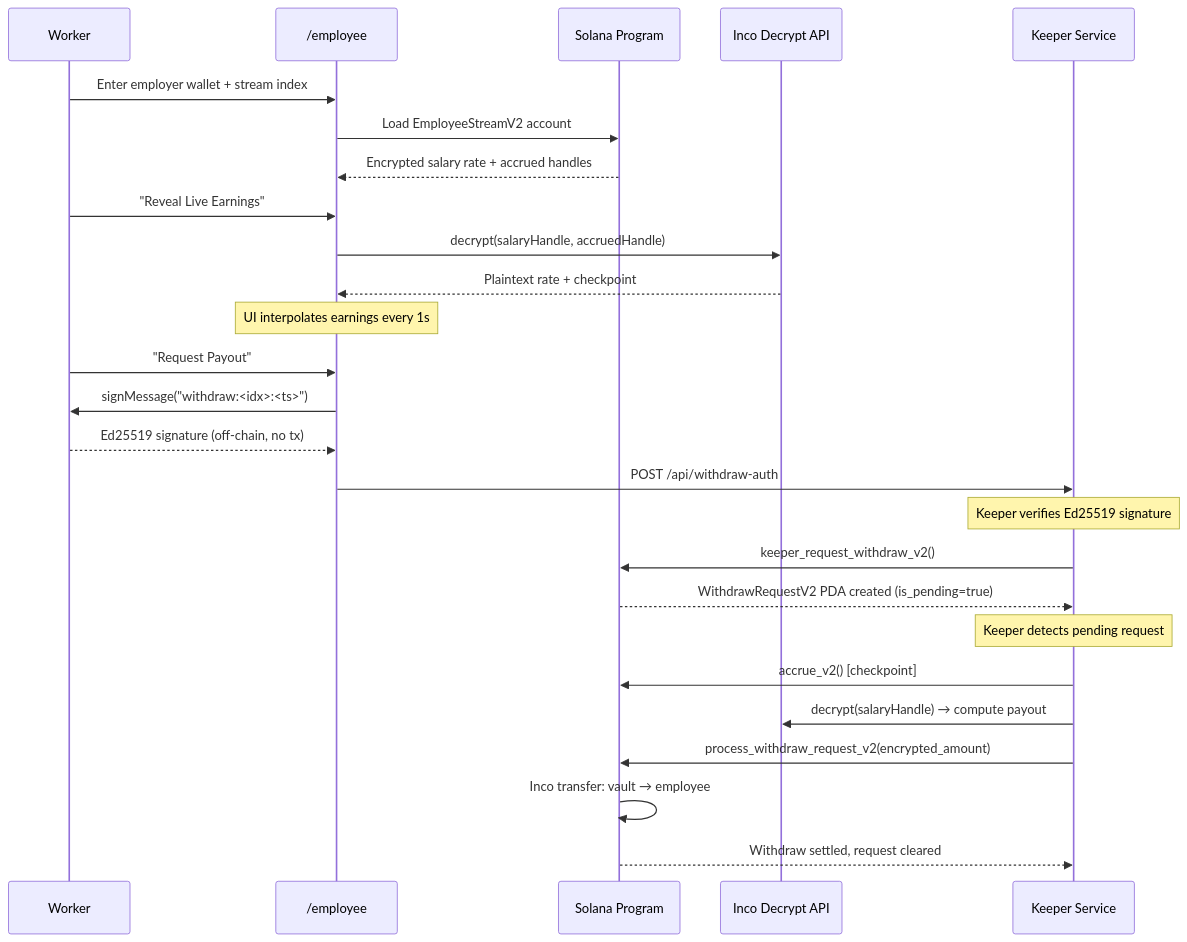
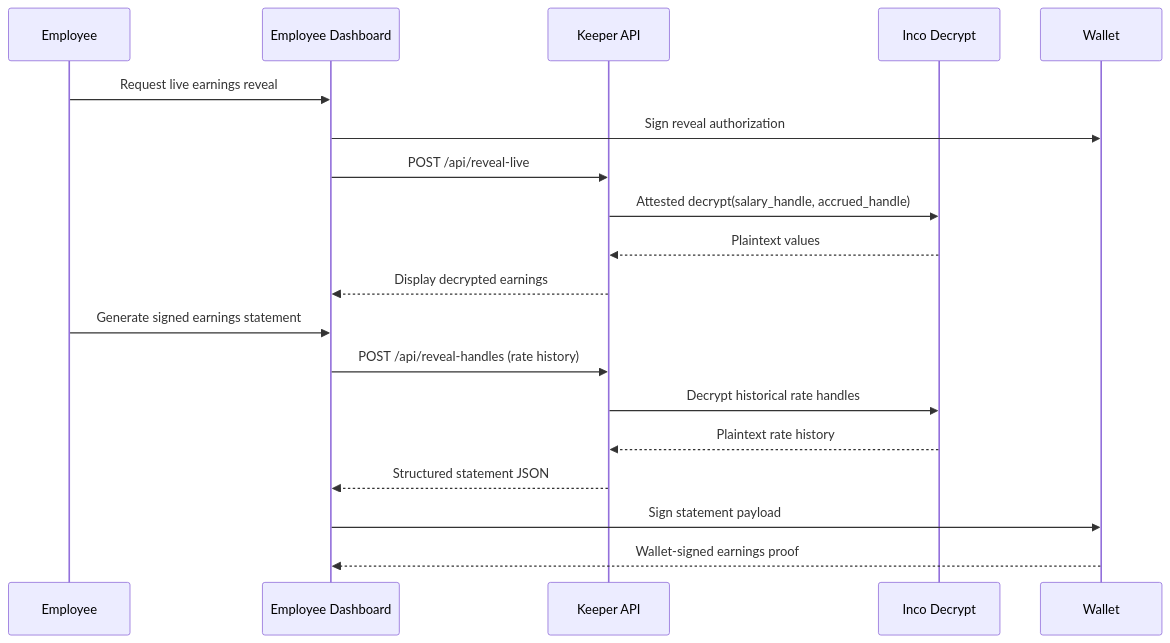
Before and after one commit to shumhn/Expensee: the fourth of 9 diagrams in README.md, drawn with Mermaid. The commit also changed other lines of this file, not shown here.

First line of the commit message:
docs: complete overhaul of README with system diagrams and market thesis

````diff
--- a/README.md
+++ b/README.md
@@ -209,32 +233,23 @@
 ```mermaid
 sequenceDiagram
-    participant W as Worker
-    participant UI as /employee
-    participant SC as Solana Program
-    participant Inco as Inco Decrypt API
-    participant K as Keeper Service
+    participant W as Employee
+    participant UI as Employee Dashboard
+    participant K as Keeper API
+    participant I as Inco Decrypt
+    participant WAL as Wallet
 
-    W->>UI: Enter employer wallet + stream index
-    UI->>SC: Load EmployeeStreamV2 account
-    SC-->>UI: Encrypted salary rate + accrued handles
+    W->>UI: Request live earnings reveal
+    UI->>WAL: Sign reveal authorization
+    UI->>K: POST /api/reveal-live
+    K->>I: Attested decrypt(salary_handle, accrued_handle)
+    I-->>K: Plaintext values
+    K-->>UI: Display decrypted earnings
 
-    W->>UI: "Reveal Live Earnings"
-    UI->>Inco: decrypt(salaryHandle, accruedHandle)
-    Inco-->>UI: Plaintext rate + checkpoint
-    Note over UI: UI interpolates earnings every 1s
-
-    W->>UI: "Request Payout"
-    UI->>W: signMessage("withdraw:<idx>:<ts>")
-    W-->>UI: Ed25519 signature (off-chain, no tx)
-    UI->>K: POST /api/withdraw-auth
-    Note over K: Keeper verifies Ed25519 signature
-    K->>SC: keeper_request_withdraw_v2()
-    SC-->>K: WithdrawRequestV2 PDA created (is_pending=true)
-
-    Note over K: Keeper detects pending request
-    K->>SC: accrue_v2() [checkpoint]
-    K->>Inco: decrypt(salaryHandle) → compute payout
-    K->>SC: process_withdraw_request_v2(encrypted_amount)
-    SC->>SC: Inco transfer: vault → employee
-    SC-->>K: Withdraw settled, request cleared
+    W->>UI: Generate signed earnings statement
+    UI->>K: POST /api/reveal-handles (rate history)
+    K->>I: Decrypt historical rate handles
+    I-->>K: Plaintext rate history
+    K-->>UI: Structured statement JSON
+    UI->>WAL: Sign statement payload
+    WAL-->>UI: Wallet-signed earnings proof
 ```
````
